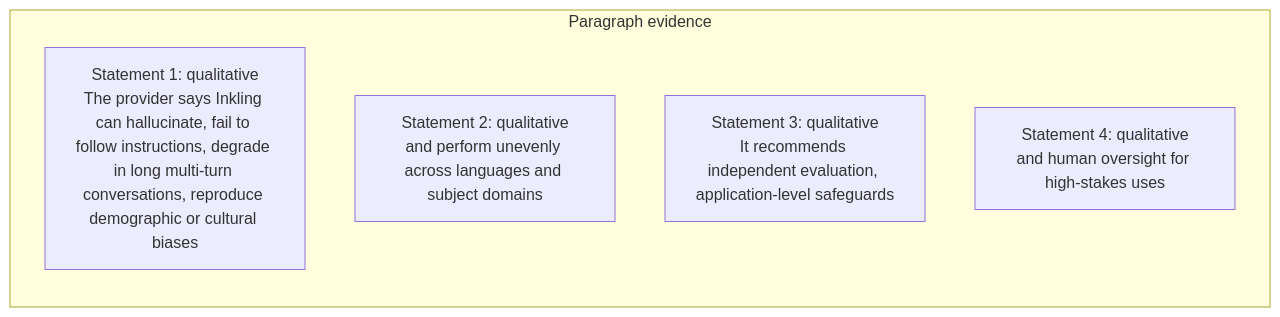
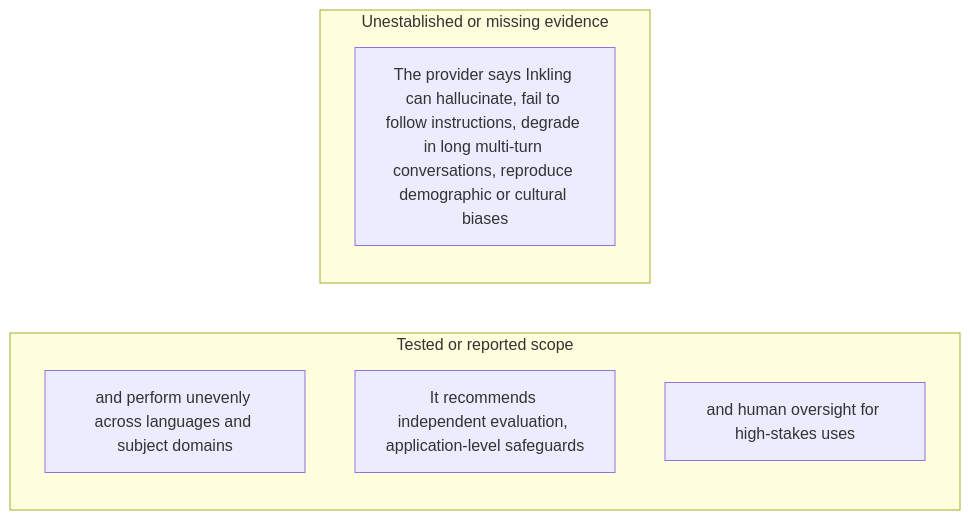
One commit to Betancourt1/paper_atlas changed diagram 37 of 57 in docs/visual-manifests/VISUAL_MANIFEST_INKLING.md. Above: the diagram before and after it, drawn with Mermaid. The commit also changed other lines of this file and 7 other files, not shown here.

````diff
--- a/docs/visual-manifests/VISUAL_MANIFEST_INKLING.md
+++ b/docs/visual-manifests/VISUAL_MANIFEST_INKLING.md
@@ -2993,9 +3015,11 @@
 ```mermaid
 flowchart LR
-  subgraph p1["Paragraph evidence"]
-    p1r1["Statement 1: qualitative<br/>The provider says Inkling can hallucinate, fail to follow instructions, degrade in long multi-turn conversations, reproduce demographic or cultural biases"]
-    p1r2["Statement 2: qualitative<br/>and perform unevenly across languages and subject domains"]
-    p1r3["Statement 3: qualitative<br/>It recommends independent evaluation, application-level safeguards"]
-    p1r4["Statement 4: qualitative<br/>and human oversight for high-stakes uses"]
+  subgraph g1["Tested or reported scope"]
+    g1i1["and perform unevenly across languages and subject domains"]
+    g1i2["It recommends independent evaluation, application-level safeguards"]
+    g1i3["and human oversight for high-stakes uses"]
+  end
+  subgraph g2["Unestablished or missing evidence"]
+    g2i1["The provider says Inkling can hallucinate, fail to follow instructions, degrade in long multi-turn conversations, reproduce demographic or cultural biases"]
   end
 ```
````
